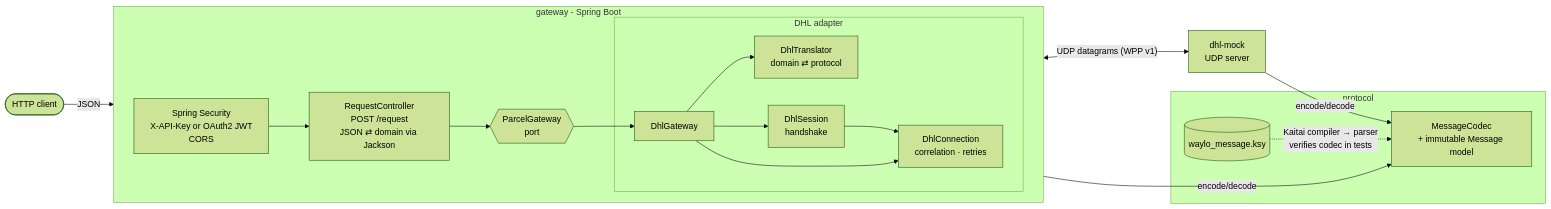
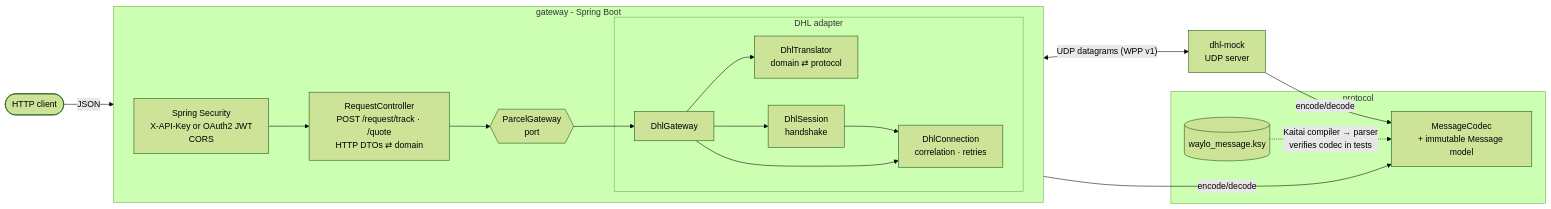
Before and after one commit to ndgynxjnsn-alt/waylo: the first of 12 diagrams in README.md, drawn with Mermaid (forest theme). The commit also changed other lines of this file and 14 other files, not shown here.

First line of the commit message:
Separate HTTP DTOs and one endpoint per query

````diff
--- a/README.md
+++ b/README.md
@@ -15,34 +15,34 @@
 ```mermaid
 flowchart LR
     client([HTTP client])
 
     subgraph gw [gateway - Spring Boot]
         direction LR
         sec[Spring Security<br/>X-API-Key or OAuth2 JWT<br/>CORS]
-        ctrl[RequestController<br/>POST /request<br/>JSON ⇄ domain via Jackson]
+        ctrl[RequestController<br/>POST /request/track · /quote<br/>HTTP DTOs ⇄ domain]
         port{{ParcelGateway<br/>port}}
         subgraph adapter [DHL adapter]
             gwimpl[DhlGateway]
             tr[DhlTranslator<br/>domain ⇄ protocol]
             sess[DhlSession<br/>handshake]
             conn[DhlConnection<br/>correlation · retries]
         end
         sec --> ctrl --> port --> gwimpl
         gwimpl --> tr
         gwimpl --> sess --> conn
         gwimpl --> conn
     end
 
     subgraph proto [protocol]
         codec[MessageCodec<br/>+ immutable Message model]
         ksy[(waylo_message.ksy)]
     end
 
     mock[dhl-mock<br/>UDP server]
 
     client -- JSON --> sec
     conn -- encode/decode --> codec
     conn <-- "UDP datagrams (WPP v1)" --> mock
     mock -- encode/decode --> codec
     ksy -. "Kaitai compiler → parser<br/>verifies codec in tests" .-> codec
 ```
````
